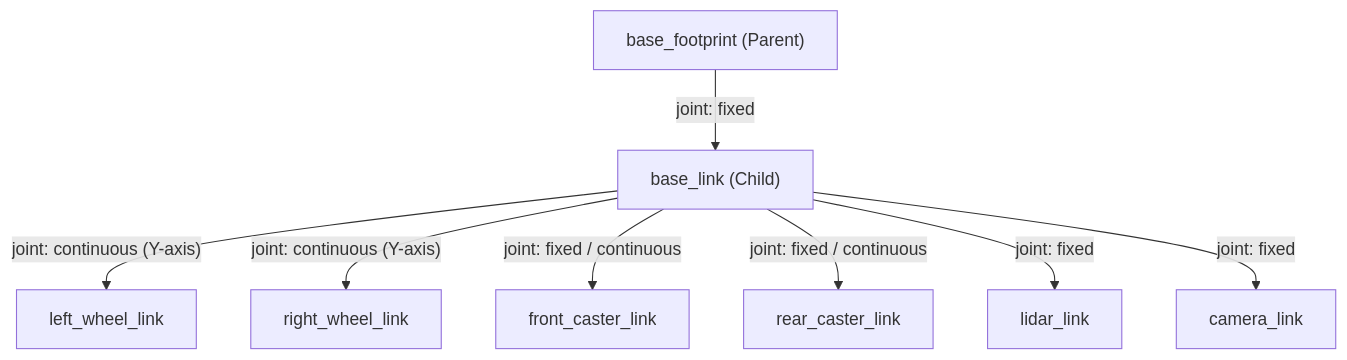
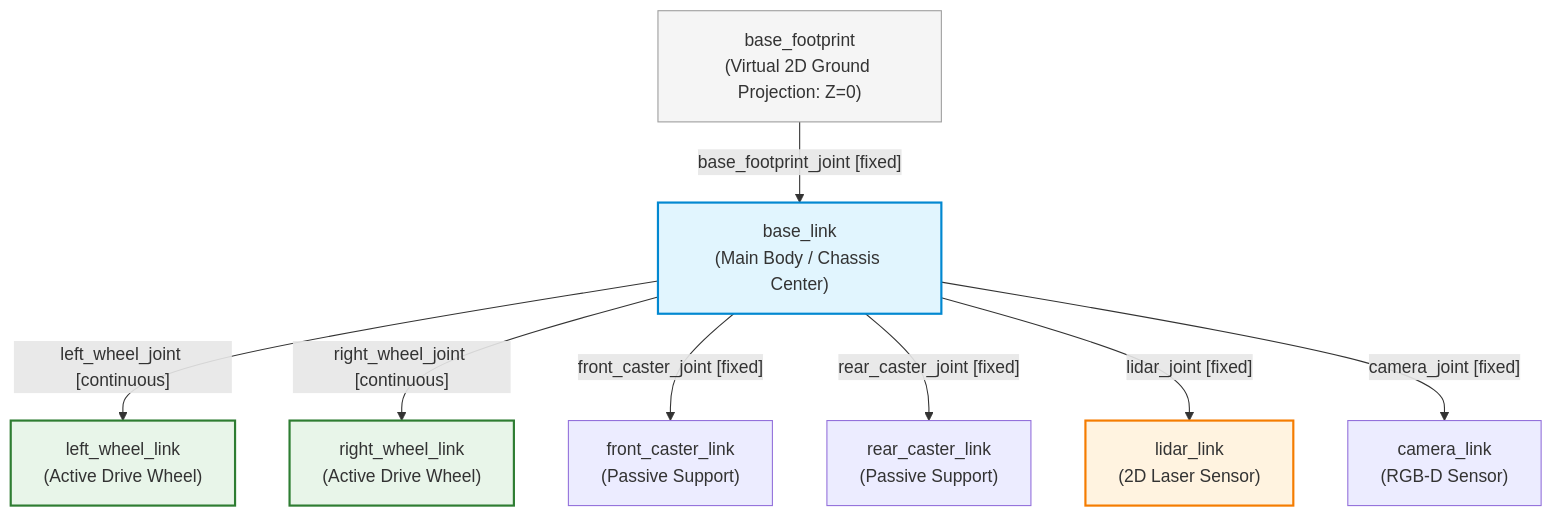
Before and after one commit to alfaXphoori/ros2: the first of 3 diagrams in Essential_ROS/Week_07_URDF_Robot_Modeling/Readme.md, drawn with Mermaid. The commit also changed other lines of this file and 15 other files, not shown here.

````diff
--- a/Essential_ROS/Week_07_URDF_Robot_Modeling/Readme.md
+++ b/Essential_ROS/Week_07_URDF_Robot_Modeling/Readme.md
@@ -35,19 +35,25 @@
 ```mermaid
 flowchart TD
-    Footprint["base_footprint (Parent)"]
-    BaseLink["base_link (Child)"]
-    LWheel["left_wheel_link"]
-    RWheel["right_wheel_link"]
-    FCaster["front_caster_link"]
-    RCaster["rear_caster_link"]
-    Lidar["lidar_link"]
-    Camera["camera_link"]
+    Footprint["base_footprint<br/>(Virtual 2D Ground Projection: Z=0)"]
+    BaseLink["base_link<br/>(Main Body / Chassis Center)"]
+    LWheel["left_wheel_link<br/>(Active Drive Wheel)"]
+    RWheel["right_wheel_link<br/>(Active Drive Wheel)"]
+    FCaster["front_caster_link<br/>(Passive Support)"]
+    RCaster["rear_caster_link<br/>(Passive Support)"]
+    Lidar["lidar_link<br/>(2D Laser Sensor)"]
+    Camera["camera_link<br/>(RGB-D Sensor)"]
 
-    Footprint -->|"joint: fixed"| BaseLink
-    BaseLink -->|"joint: continuous (Y-axis)"| LWheel
-    BaseLink -->|"joint: continuous (Y-axis)"| RWheel
-    BaseLink -->|"joint: fixed / continuous"| FCaster
-    BaseLink -->|"joint: fixed / continuous"| RCaster
-    BaseLink -->|"joint: fixed"| Lidar
-    BaseLink -->|"joint: fixed"| Camera
+    Footprint -->|"base_footprint_joint [fixed]"| BaseLink
+    BaseLink -->|"left_wheel_joint [continuous]"| LWheel
+    BaseLink -->|"right_wheel_joint [continuous]"| RWheel
+    BaseLink -->|"front_caster_joint [fixed]"| FCaster
+    BaseLink -->|"rear_caster_joint [fixed]"| RCaster
+    BaseLink -->|"lidar_joint [fixed]"| Lidar
+    BaseLink -->|"camera_joint [fixed]"| Camera
+
+    style Footprint fill:#f5f5f5,stroke:#9e9e9e,stroke-width:1px
+    style BaseLink fill:#e1f5fe,stroke:#0288d1,stroke-width:2px
+    style Lidar fill:#fff3e0,stroke:#f57c00,stroke-width:2px
+    style LWheel fill:#e8f5e9,stroke:#2e7d32,stroke-width:2px
+    style RWheel fill:#e8f5e9,stroke:#2e7d32,stroke-width:2px
 ```
````
